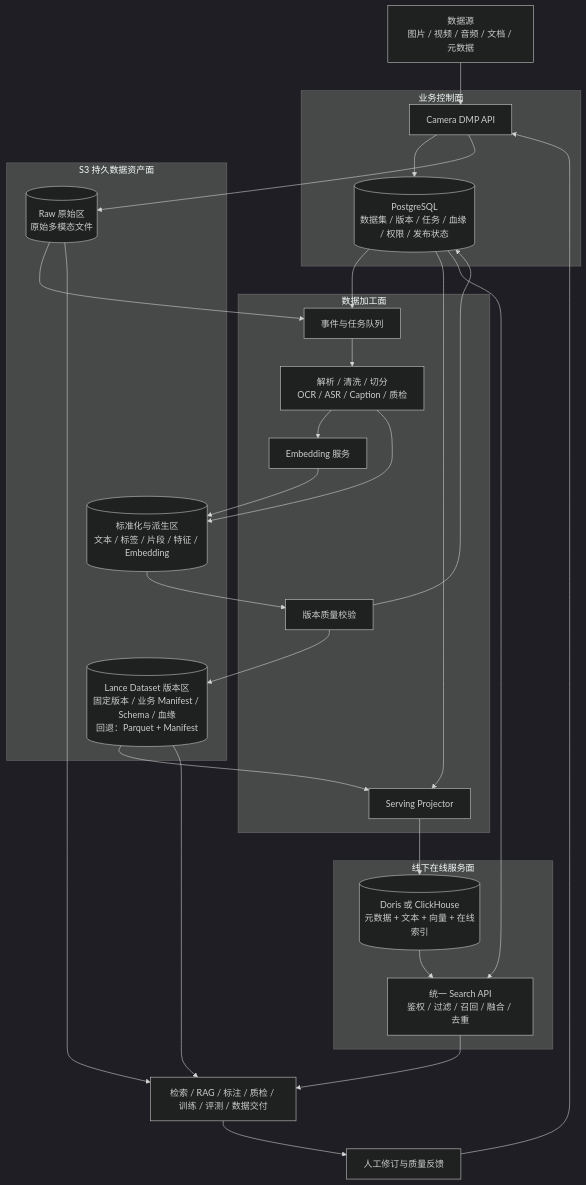
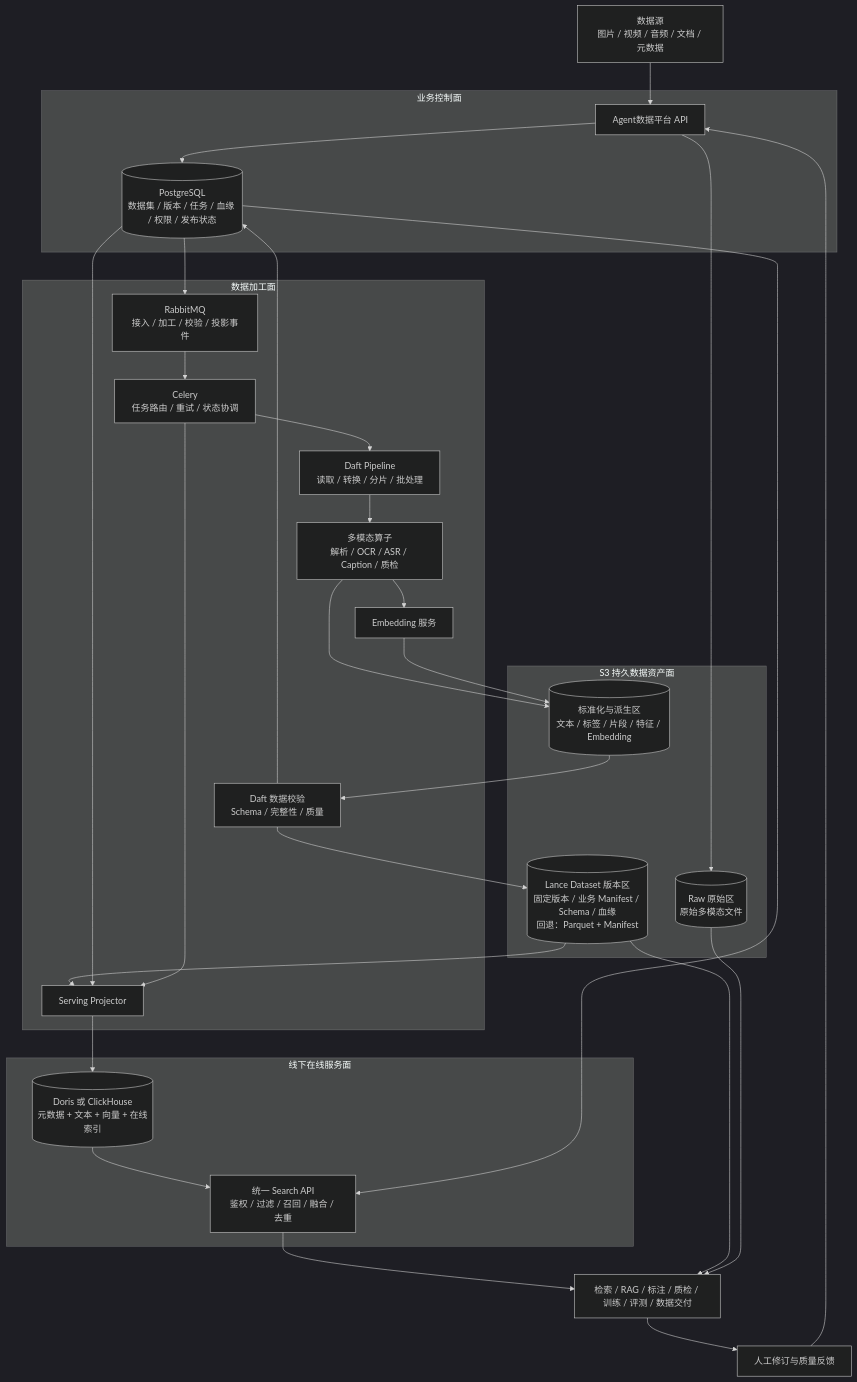
Before and after one commit to IcelandBee/report: the diagram in docs/Camera DMP底层数据架构重构方案建议书_简化版.md, drawn with Mermaid (dark theme). The commit also changed other lines of this file and 2 other files, not shown here.

````diff
--- a/docs/Camera DMP底层数据架构重构方案建议书_简化版.md
+++ b/docs/Camera DMP底层数据架构重构方案建议书_简化版.md
@@ -40,54 +40,58 @@
 ```mermaid
 flowchart TB
   SOURCE["数据源<br/>图片 / 视频 / 音频 / 文档 / 元数据"]
 
   subgraph CONTROL["业务控制面"]
-    API["Camera DMP API"]
+    API["Agent数据平台 API"]
     PG[("PostgreSQL<br/>数据集 / 版本 / 任务 / 血缘 / 权限 / 发布状态")]
   end
 
   subgraph ASSET["S3 持久数据资产面"]
     RAW[("Raw 原始区<br/>原始多模态文件")]
     DERIVED[("标准化与派生区<br/>文本 / 标签 / 片段 / 特征 / Embedding")]
     VERSION[("Lance Dataset 版本区<br/>固定版本 / 业务 Manifest / Schema / 血缘<br/>回退：Parquet + Manifest")]
   end
 
   subgraph PROCESS["数据加工面"]
-    QUEUE["事件与任务队列"]
-    PIPELINE["解析 / 清洗 / 切分<br/>OCR / ASR / Caption / 质检"]
+    MQ["RabbitMQ<br/>接入 / 加工 / 校验 / 投影事件"]
+    CELERY["Celery<br/>任务路由 / 重试 / 状态协调"]
+    DAFT["Daft Pipeline<br/>读取 / 转换 / 分片 / 批处理"]
+    OPERATOR["多模态算子<br/>解析 / OCR / ASR / Caption / 质检"]
     EMB["Embedding 服务"]
-    CHECK["版本质量校验"]
+    CHECK["Daft 数据校验<br/>Schema / 完整性 / 质量"]
     PROJECTOR["Serving Projector"]
   end
 
   subgraph SERVING["线下在线服务面"]
     DB[("Doris 或 ClickHouse<br/>元数据 + 文本 + 向量 + 在线索引")]
     SEARCH["统一 Search API<br/>鉴权 / 过滤 / 召回 / 融合 / 去重"]
   end
 
   APP["检索 / RAG / 标注 / 质检 / 训练 / 评测 / 数据交付"]
   FEEDBACK["人工修订与质量反馈"]
 
   SOURCE --> API
   API --> PG
   API --> RAW
-  RAW --> QUEUE
-  PG --> QUEUE
-  QUEUE --> PIPELINE
-  PIPELINE --> EMB
-  PIPELINE --> DERIVED
+  PG --> MQ
+  MQ --> CELERY
+  CELERY --> DAFT
+  DAFT --> OPERATOR
+  OPERATOR --> EMB
+  OPERATOR --> DERIVED
   EMB --> DERIVED
   DERIVED --> CHECK
   CHECK --> VERSION
   CHECK --> PG
   VERSION --> PROJECTOR
   PG --> PROJECTOR
+  CELERY --> PROJECTOR
   PROJECTOR --> DB
   DB --> SEARCH
   PG --> SEARCH
   SEARCH --> APP
   VERSION --> APP
   RAW --> APP
   APP --> FEEDBACK
   FEEDBACK --> API
 ```
````
